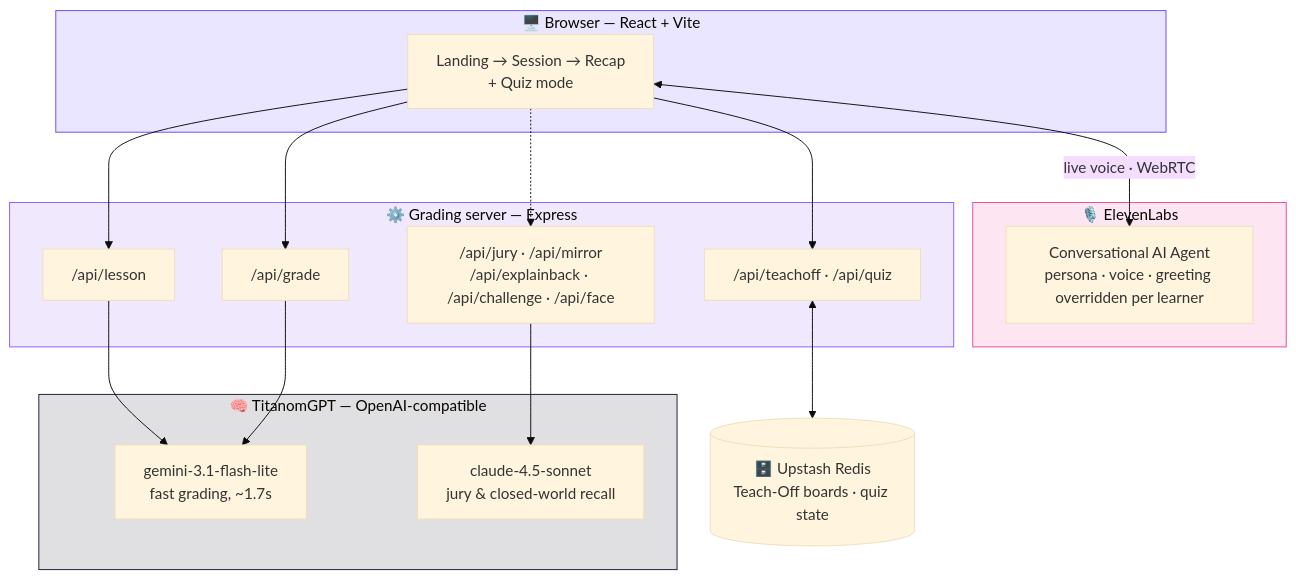
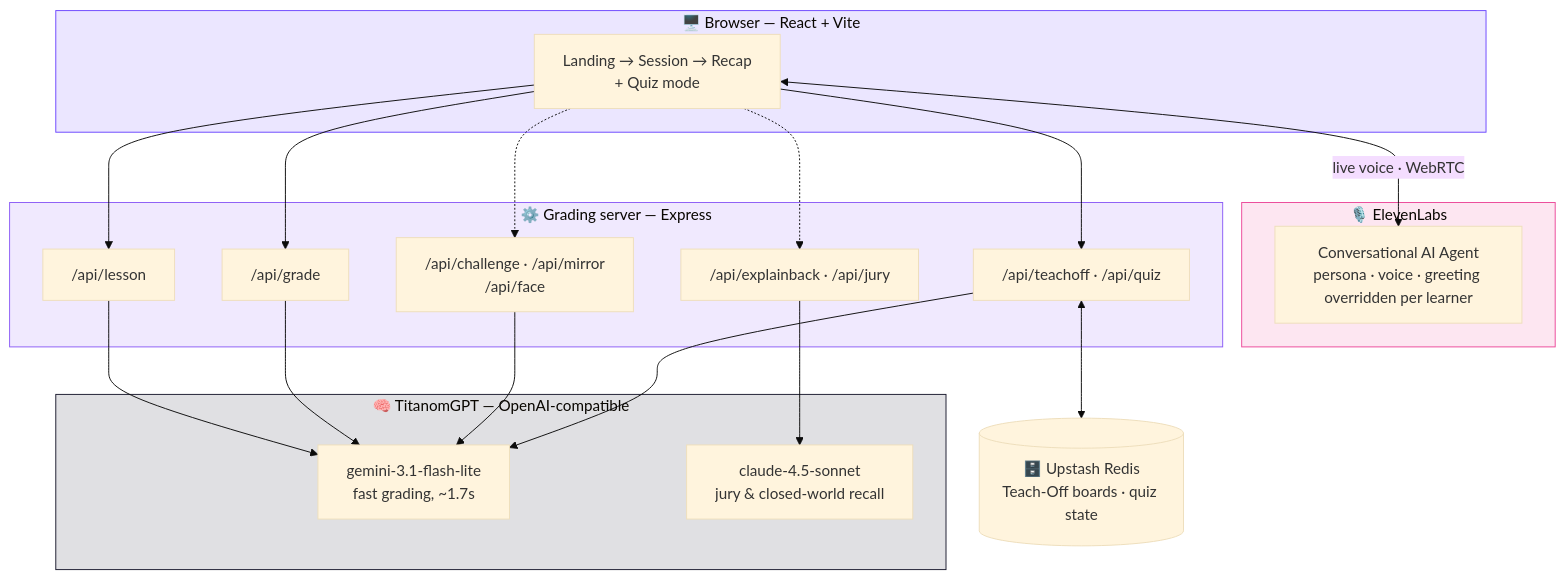
One commit to Prethe21/Teach-it-to-Grandma changed the second of 3 diagrams in README.md. Above: the diagram before and after it, drawn with Mermaid (base theme).

Commit message:
Fix architecture diagram: correct fast vs deep model routing per endpoint

````diff
--- a/README.md
+++ b/README.md
@@ -102,35 +102,38 @@
 ```mermaid
 flowchart TB
     subgraph client["🖥️ Browser — React + Vite"]
         UI["Landing → Session → Recap<br/>+ Quiz mode"]
     end
 
     subgraph voice["🎙️ ElevenLabs"]
         Agent["Conversational AI Agent<br/>persona · voice · greeting overridden per learner"]
     end
 
     subgraph server["⚙️ Grading server — Express"]
         Lesson["/api/lesson"]
         Grade["/api/grade"]
-        Extra["/api/jury · /api/mirror<br/>/api/explainback · /api/challenge · /api/face"]
+        FastExtra["/api/challenge · /api/mirror<br/>/api/face"]
+        DeepExtra["/api/explainback · /api/jury"]
         Multi["/api/teachoff · /api/quiz"]
     end
 
     subgraph brains["🧠 TitanomGPT — OpenAI-compatible"]
         Fast["gemini-3.1-flash-lite<br/>fast grading, ~1.7s"]
         Deep["claude-4.5-sonnet<br/>jury & closed-world recall"]
     end
 
     Redis[("🗄️ Upstash Redis<br/>Teach-Off boards · quiz state")]
 
     UI <-->|"live voice · WebRTC"| Agent
     UI --> Lesson --> Fast
     UI --> Grade --> Fast
-    UI -.-> Extra --> Deep
-    UI --> Multi <--> Redis
+    UI -.-> FastExtra --> Fast
+    UI -.-> DeepExtra --> Deep
+    UI --> Multi --> Fast
+    Multi <--> Redis
 
     style client fill:#6C47FF22,stroke:#6C47FF
     style voice fill:#EC489922,stroke:#EC4899
     style server fill:#8B5CF622,stroke:#8B5CF6
     style brains fill:#1a1a2e22,stroke:#1a1a2e
 ```
````
